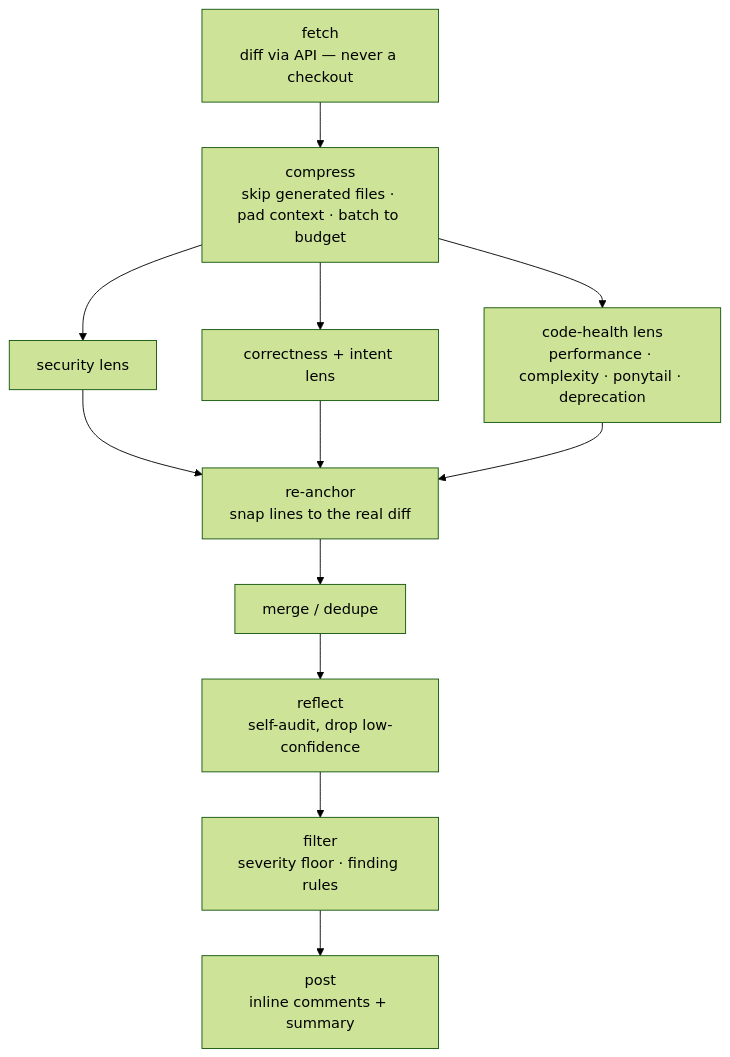
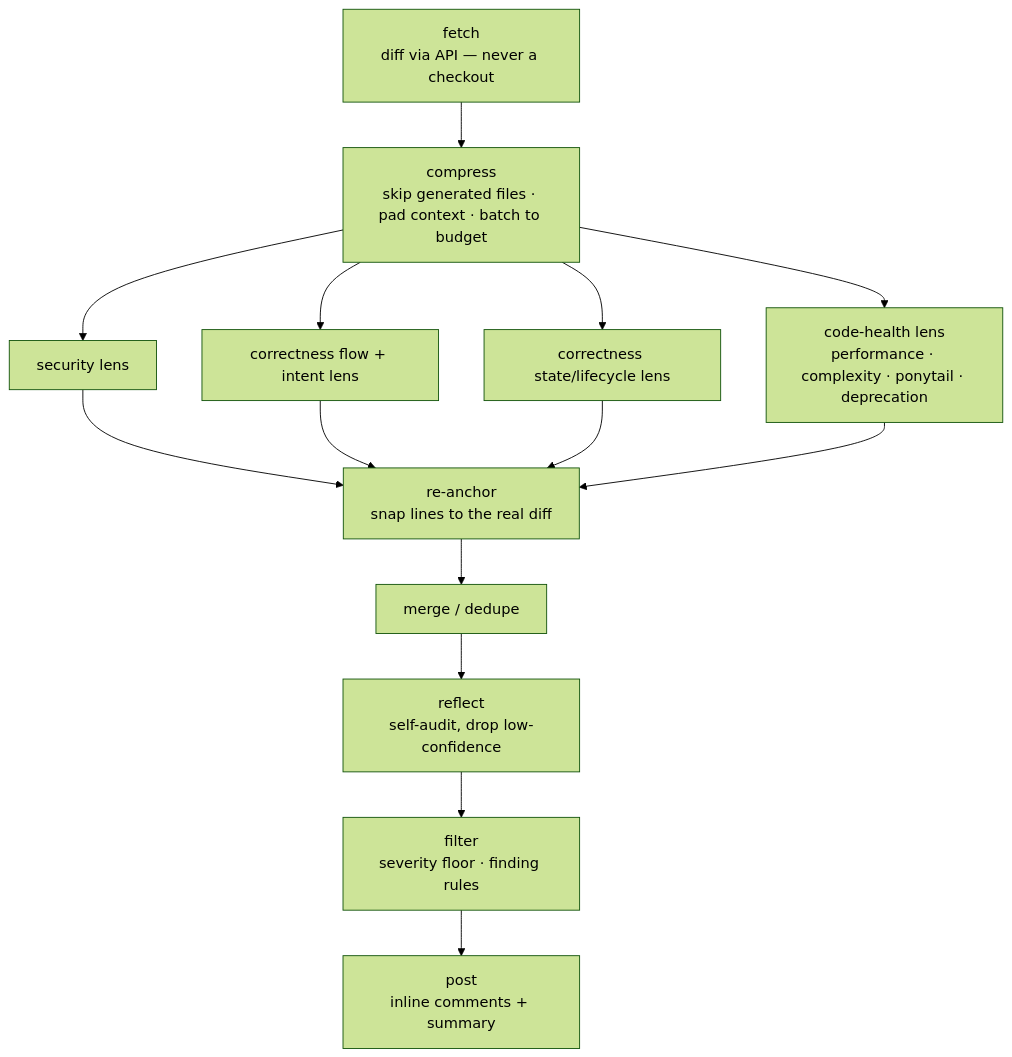
Before and after one commit to MattJColes/lgtmaybe: the second of 2 diagrams in docs/explanation/architecture.md, drawn with Mermaid (forest theme). The commit also changed other lines of this file and 27 other files, not shown here.

````diff
--- a/docs/explanation/architecture.md
+++ b/docs/explanation/architecture.md
@@ -49,11 +49,13 @@
 ```mermaid
 flowchart TD
     fetch["fetch<br/>diff via API — never a checkout"] --> compress["compress<br/>skip generated files · pad context · batch to budget"]
     compress --> security["security lens"]
-    compress --> correctness["correctness + intent lens"]
+    compress --> correctnessflow["correctness flow + intent lens"]
+    compress --> correctnessstate["correctness state/lifecycle lens"]
     compress --> codehealth["code-health lens<br/>performance · complexity · ponytail · deprecation"]
     security --> anchor["re-anchor<br/>snap lines to the real diff"]
-    correctness --> anchor
+    correctnessflow --> anchor
+    correctnessstate --> anchor
     codehealth --> anchor
     anchor --> dedupe["merge / dedupe"] --> reflect["reflect<br/>self-audit, drop low-confidence"] --> filter["filter<br/>severity floor · finding rules"] --> post["post<br/>inline comments + summary"]
 ```
````
